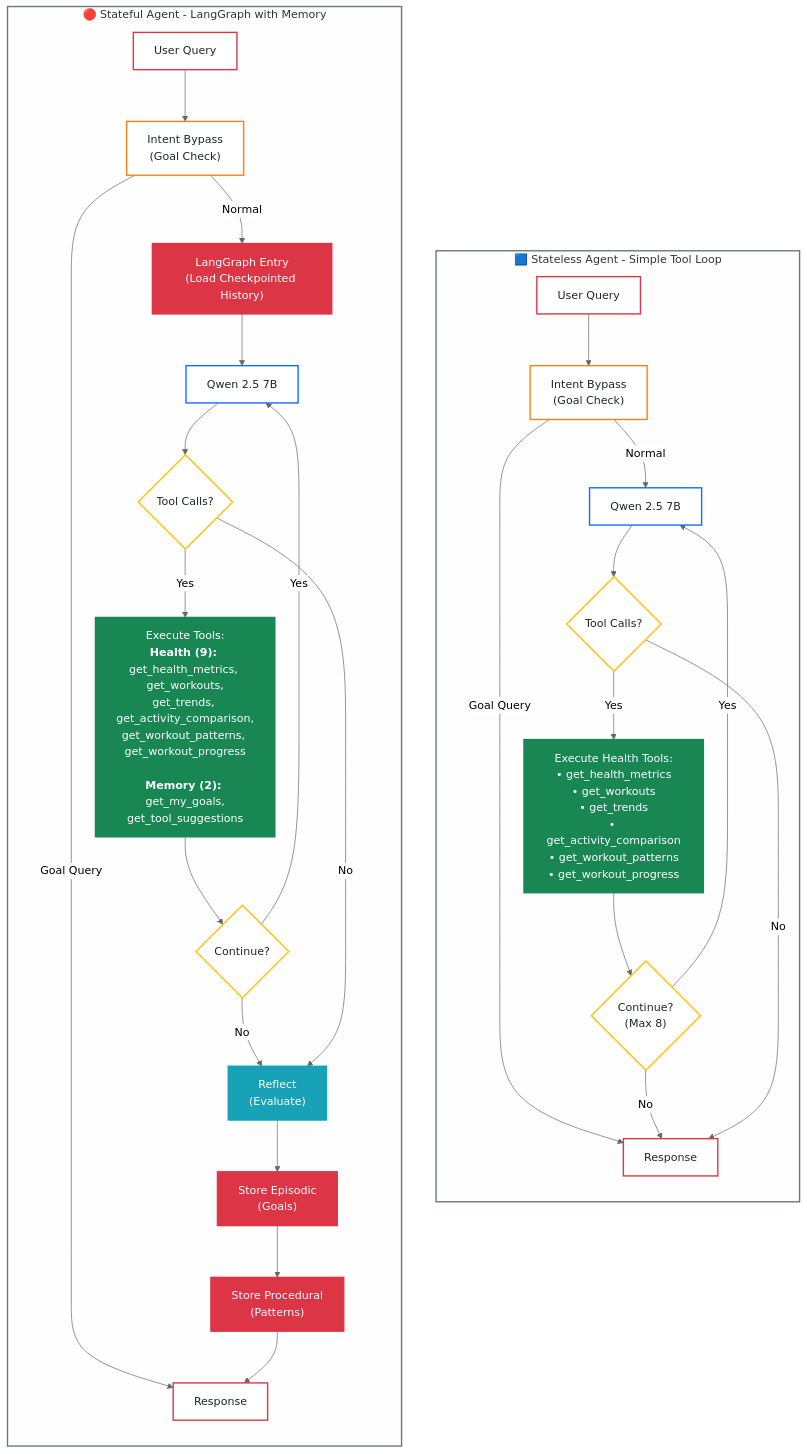
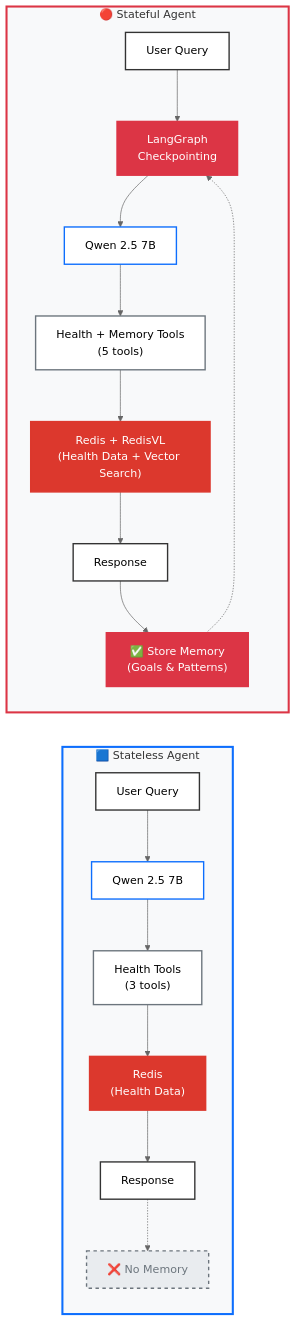
The diagram in README.md (AllieRays/redis-wellness), drawn with Mermaid (neutral theme) before and after one commit. The commit also changed 1 other file, not shown here.

````diff
--- a/README.md
+++ b/README.md
@@ -83,64 +83,48 @@
 ```mermaid
-flowchart TB
-    subgraph stateless["🟦 Stateless Agent - Simple Tool Loop"]
+flowchart LR
+    subgraph stateless["🟦 Stateless Agent"]
         direction TB
-        S1["User Query"]:::start
-        S2["Intent Bypass<br/>(Goal Check)"]:::router
-        S3["Qwen 2.5 7B"]:::llm
-        S4{"Tool Calls?"}:::decision
-        S5["Execute Health Tools:<br/>• get_health_metrics<br/>• get_workouts<br/>• get_trends<br/>• get_activity_comparison<br/>• get_workout_patterns<br/>• get_workout_progress"]:::tool
-        S6{"Continue?<br/>(Max 8)"}:::decision
-        S7["Response"]:::response
+        S1["User Query"]:::query
+        S2["Qwen 2.5 7B"]:::llm
+        S3["Health Tools<br/>(3 tools)"]:::tool
+        S4["Redis<br/>(Health Data)"]:::redis
+        S5["Response"]:::response
+        S6["❌ No Memory"]:::nomemory
 
         S1 --> S2
-        S2 -->|"Goal Query"| S7
-        S2 -->|"Normal"| S3
+        S2 --> S3
         S3 --> S4
-        S4 -->|Yes| S5
-        S5 --> S6
-        S6 -->|Yes| S3
-        S6 -->|No| S7
-        S4 -->|No| S7
+        S4 --> S5
+        S5 -.-> S6
     end
 
-    subgraph stateful["🔴 Stateful Agent - LangGraph with Memory"]
+    subgraph stateful["🔴 Stateful Agent"]
         direction TB
-        T1["User Query"]:::start
-        T2["Intent Bypass<br/>(Goal Check)"]:::router
-        T3["LangGraph Entry<br/>(Load Checkpointed History)"]:::memory
-        T4["Qwen 2.5 7B"]:::llm
-        T5{"Tool Calls?"}:::decision
-        T6["Execute Tools:<br/><b>Health (9):</b> get_health_metrics, get_workouts,<br/>get_trends, get_activity_comparison,<br/>get_workout_patterns, get_workout_progress<br/><br/><b>Memory (2):</b> get_my_goals,<br/>get_tool_suggestions"]:::tool
-        T7{"Continue?"}:::decision
-        T8["Reflect<br/>(Evaluate)"]:::reflect
-        T9["Store Episodic<br/>(Goals)"]:::memory
-        T10["Store Procedural<br/>(Patterns)"]:::memory
-        T11["Response"]:::response
+        T1["User Query"]:::query
+        T2["LangGraph<br/>Checkpointing"]:::memory
+        T3["Qwen 2.5 7B"]:::llm
+        T4["Health + Memory Tools<br/>(5 tools)"]:::tool
+        T5["Redis + RedisVL<br/>(Health Data + Vector Search)"]:::redis
+        T6["Response"]:::response
+        T7["✅ Store Memory<br/>(Goals & Patterns)"]:::memory
 
         T1 --> T2
-        T2 -->|"Goal Query"| T11
-        T2 -->|"Normal"| T3
+        T2 --> T3
         T3 --> T4
         T4 --> T5
-        T5 -->|Yes| T6
+        T5 --> T6
         T6 --> T7
-        T7 -->|Yes| T4
-        T7 -->|No| T8
-        T5 -->|No| T8
-        T8 --> T9
-        T9 --> T10
-        T10 --> T11
+        T7 -.-> T2
     end
 
-    classDef start fill:#fff,stroke:#dc3545,stroke-width:2px,color:#212529
-    classDef router fill:#fff,stroke:#fd7e14,stroke-width:2px,color:#212529
-    classDef llm fill:#fff,stroke:#0d6efd,stroke-width:2px,color:#212529
-    classDef decision fill:#fff,stroke:#ffc107,stroke-width:2px,color:#212529
-    classDef tool fill:#198754,stroke:#198754,stroke-width:2px,color:#fff
+    classDef query fill:#fff,stroke:#333,stroke-width:2px,color:#000
+    classDef llm fill:#fff,stroke:#0d6efd,stroke-width:2px,color:#000
+    classDef tool fill:#fff,stroke:#6c757d,stroke-width:2px,color:#000
+    classDef redis fill:#dc382d,stroke:#dc382d,stroke-width:2px,color:#fff
+    classDef response fill:#fff,stroke:#333,stroke-width:2px,color:#000
     classDef memory fill:#dc3545,stroke:#dc3545,stroke-width:2px,color:#fff
-    classDef reflect fill:#17a2b8,stroke:#17a2b8,stroke-width:2px,color:#fff
-    classDef response fill:#fff,stroke:#dc3545,stroke-width:2px,color:#212529
+    classDef nomemory fill:#e9ecef,stroke:#6c757d,stroke-width:2px,stroke-dasharray: 5 5,color:#6c757d
 
-    style stateless fill:#fefefe,stroke:#6c757d,stroke-width:2px
-    style stateful fill:#fefefe,stroke:#6c757d,stroke-width:2px
+    style stateless fill:#f8f9fa,stroke:#0d6efd,stroke-width:3px
+    style stateful fill:#f8f9fa,stroke:#dc3545,stroke-width:3px
 ```
````
